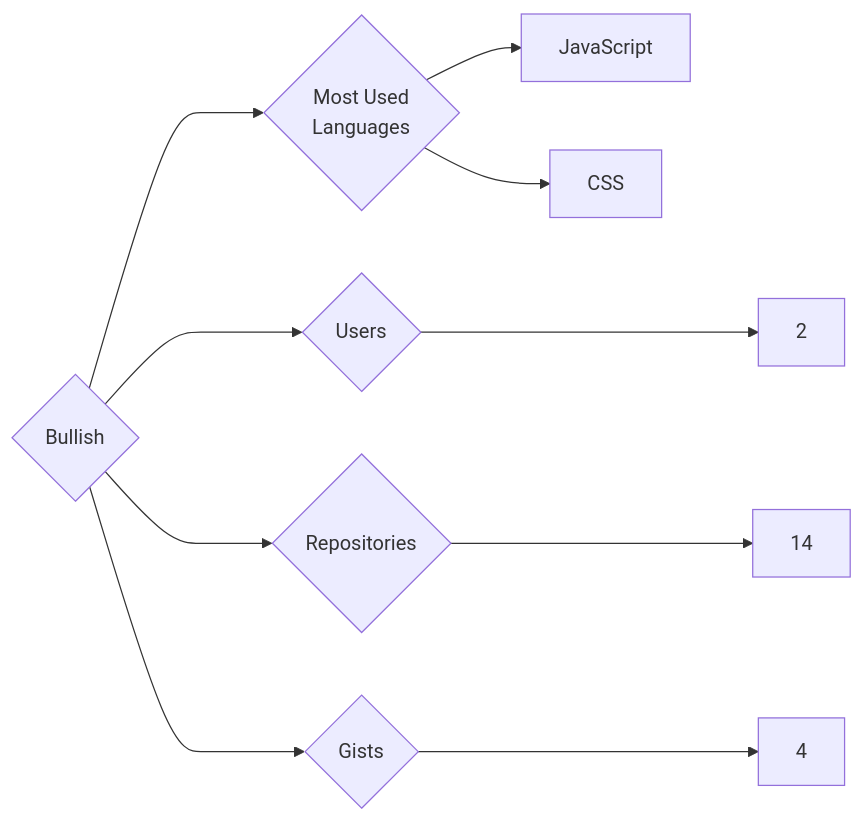
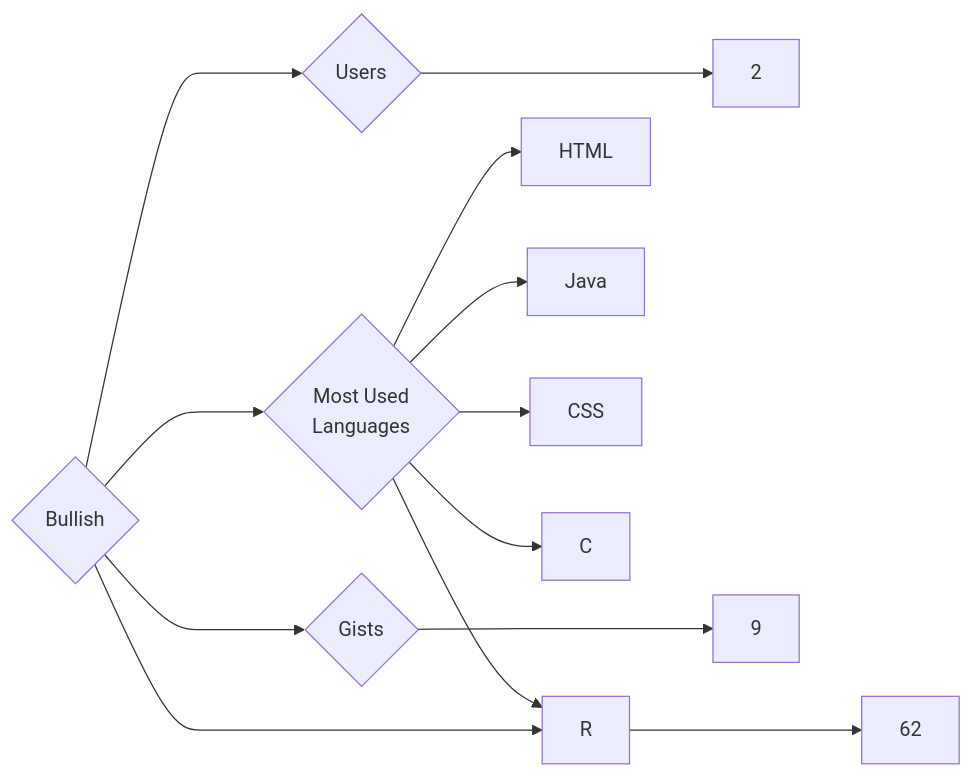
Before and after one commit to trickest/insiders: the diagram in targets/Bullish/README.md, drawn with Mermaid. The commit also changed 815 other files, not shown here.

````diff
--- a/targets/Bullish/README.md
+++ b/targets/Bullish/README.md
@@ -3,10 +3,13 @@
 ```mermaid
 graph LR
 COMPANY_NAME{Bullish}
 COMPANY_NAME ---> U{Users} ---> UN[2]
-COMPANY_NAME ---> R{Repositories} ---> RN[14]
-COMPANY_NAME ---> G{Gists} ---> GN[4]
+COMPANY_NAME ---> R{Repositories} ---> RN[62]
+COMPANY_NAME ---> G{Gists} ---> GN[9]
 COMPANY_NAME ---> ML{Most Used<br>Languages}
-ML --> JavaScript[JavaScript]
+ML --> HTML[HTML]
+ML --> Java[Java]
+ML --> R[R]
 ML --> CSS[CSS]
+ML --> C[C]
 ```
````
